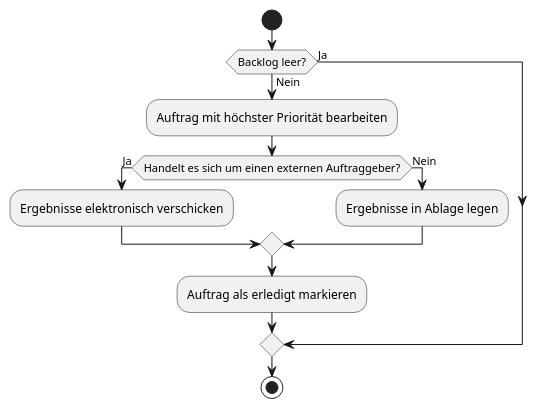
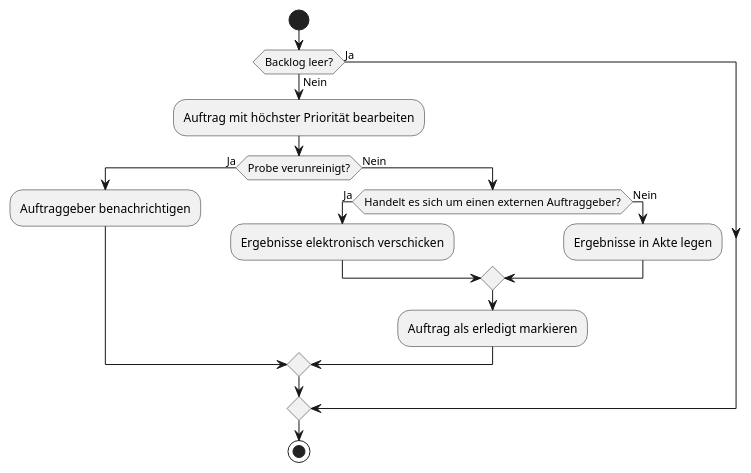
Before and after one commit to helenlaible/ss23-kba-project: the first of 11 diagrams in docs/2_planning/3_activity_diagrams.md, drawn with PlantUML.

Commit message:
Update 3_activity_diagrams.md
Improvements to "Backlog bearbeiten"

````diff
--- a/docs/2_planning/3_activity_diagrams.md
+++ b/docs/2_planning/3_activity_diagrams.md
@@ -5,18 +5,22 @@
 ```plantuml Backlog bearbeiten
 @startuml
 start
 
 if (Backlog leer?) then (Ja)
 else (Nein)
   :Auftrag mit höchster Priorität bearbeiten;
-  if (Handelt es sich um einen externen Auftraggeber?) then (Ja)
-    :Ergebnisse elektronisch verschicken;
+  if (Probe verunreinigt?) then (Ja)
+    :Auftraggeber benachrichtigen;
   else (Nein)
-    :Ergebnisse in Ablage legen;
+    if (Handelt es sich um einen externen Auftraggeber?) then (Ja)
+      :Ergebnisse elektronisch verschicken;
+    else (Nein)
+      :Ergebnisse in Akte legen;
+    endif
+    :Auftrag als erledigt markieren;
   endif
-:Auftrag als erledigt markieren;
 endif
 
 stop
 @enduml
 ```
````
